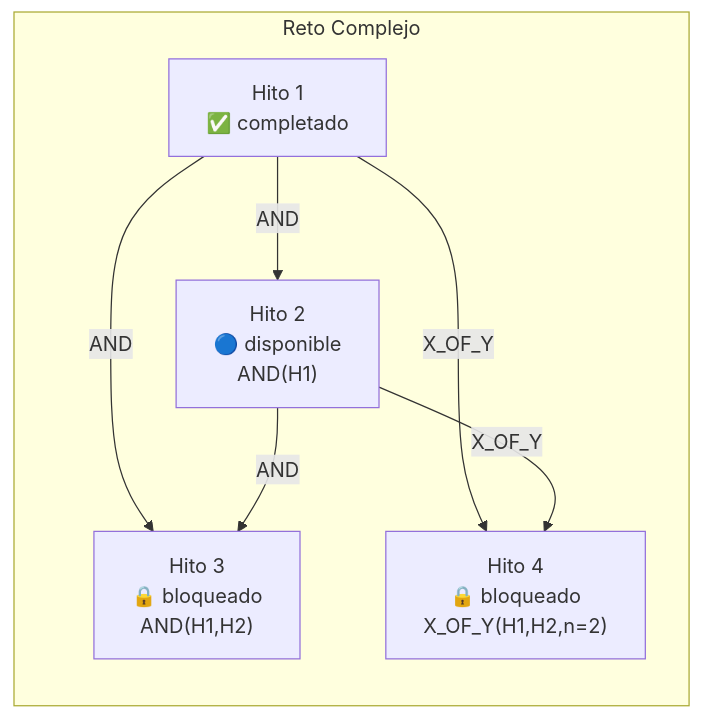
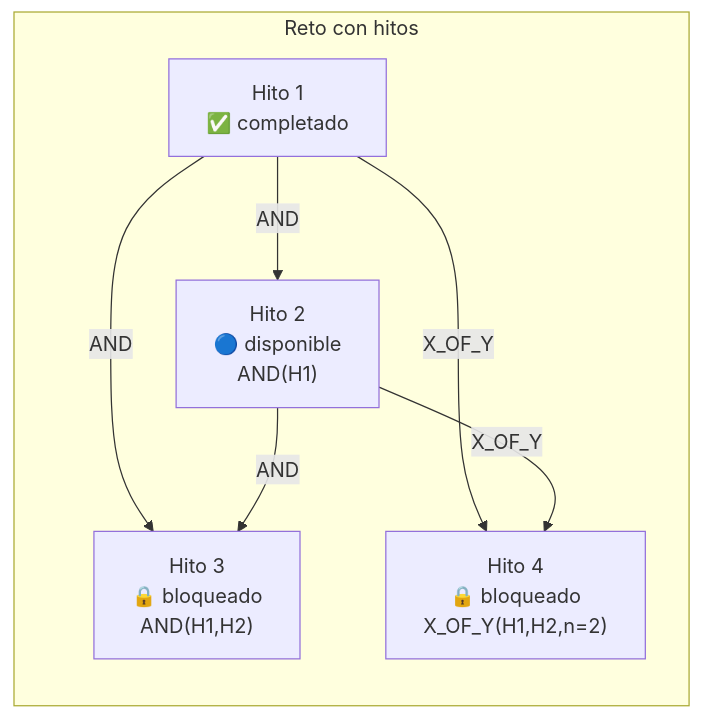
The ninth of 11 diagrams in docs/03-architecture.md (Jloen1999/synaptixfit), drawn with Mermaid before and after one commit. The commit also changed other lines of this file and 38 other files, not shown here.

````diff
--- a/docs/03-architecture.md
+++ b/docs/03-architecture.md
@@ -878,15 +894,15 @@
 ```mermaid
 flowchart LR
-    subgraph Reto["Reto Complejo"]
+    subgraph Reto["Reto con hitos"]
         H1["Hito 1<br/>✅ completado"]
         H2["Hito 2<br/>🔵 disponible<br/>AND(H1)"]
         H3["Hito 3<br/>🔒 bloqueado<br/>AND(H1,H2)"]
         H4["Hito 4<br/>🔒 bloqueado<br/>X_OF_Y(H1,H2,n=2)"]
     end
 
     H1 -->|"AND"| H2
     H1 -->|"AND"| H3
     H2 -->|"AND"| H3
     H1 -->|"X_OF_Y"| H4
     H2 -->|"X_OF_Y"| H4
 ```
````
